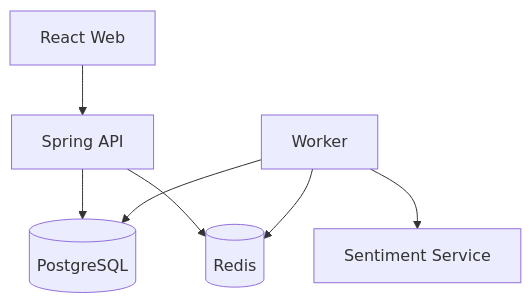
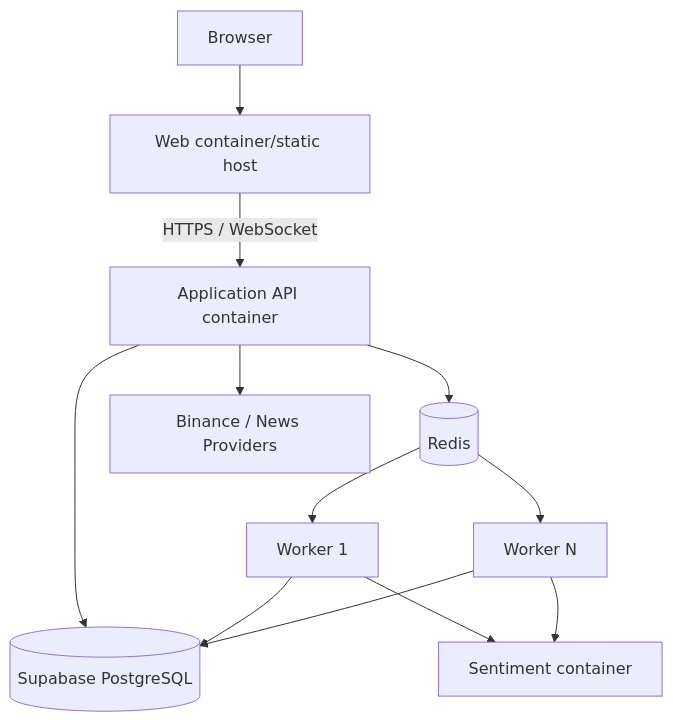
The diagram in docs/architecture/deployment-view.md (PhamVanMinhBinhThuan/crypto-strategy-platform), drawn with Mermaid before and after one commit. The commit also changed other lines of this file and 31 other files, not shown here.

Commit message:
docs: complete architecture decisions and verification plan

````diff
--- a/docs/architecture/deployment-view.md
+++ b/docs/architecture/deployment-view.md
@@ -16,16 +17,24 @@
 ```mermaid
 flowchart TB
-    WEB[React Web]
-    API[Spring API]
-    WORKER[Worker]
-    SENTIMENT[Sentiment Service]
-    DB[(PostgreSQL)]
+    BROWSER[Browser]
+    WEB[Web container/static host]
+    API[Application API container]
+    W1[Worker 1]
+    WN[Worker N]
+    ML[Sentiment container]
+    DB[(Supabase PostgreSQL)]
     REDIS[(Redis)]
+    EXT[Binance / News Providers]
 
-    WEB --> API
+    BROWSER --> WEB
+    WEB -->|HTTPS / WebSocket| API
+    API --> EXT
     API --> DB
     API --> REDIS
-    WORKER --> DB
-    WORKER --> REDIS
-    WORKER --> SENTIMENT
+    REDIS --> W1
+    REDIS --> WN
+    W1 --> DB
+    WN --> DB
+    W1 --> ML
+    WN --> ML
 ```
````
